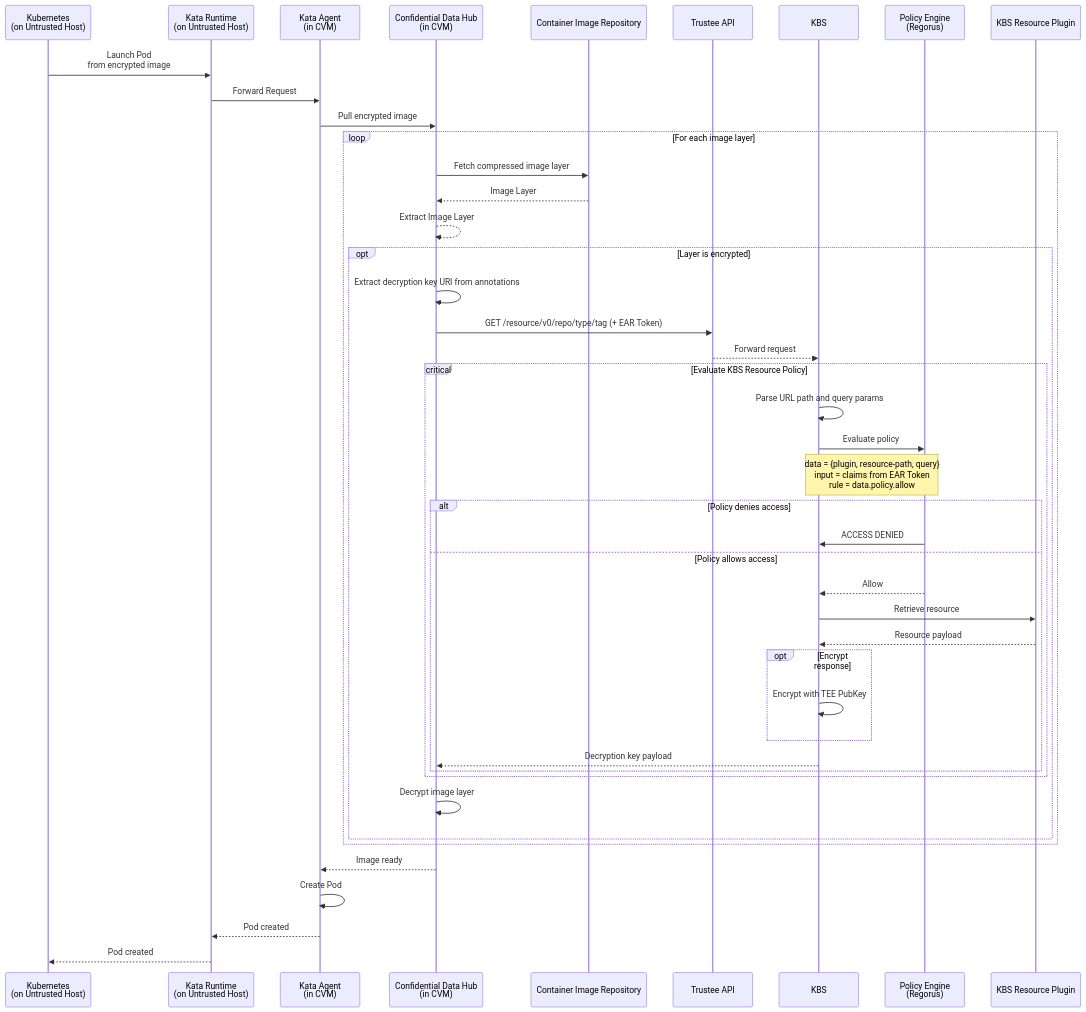
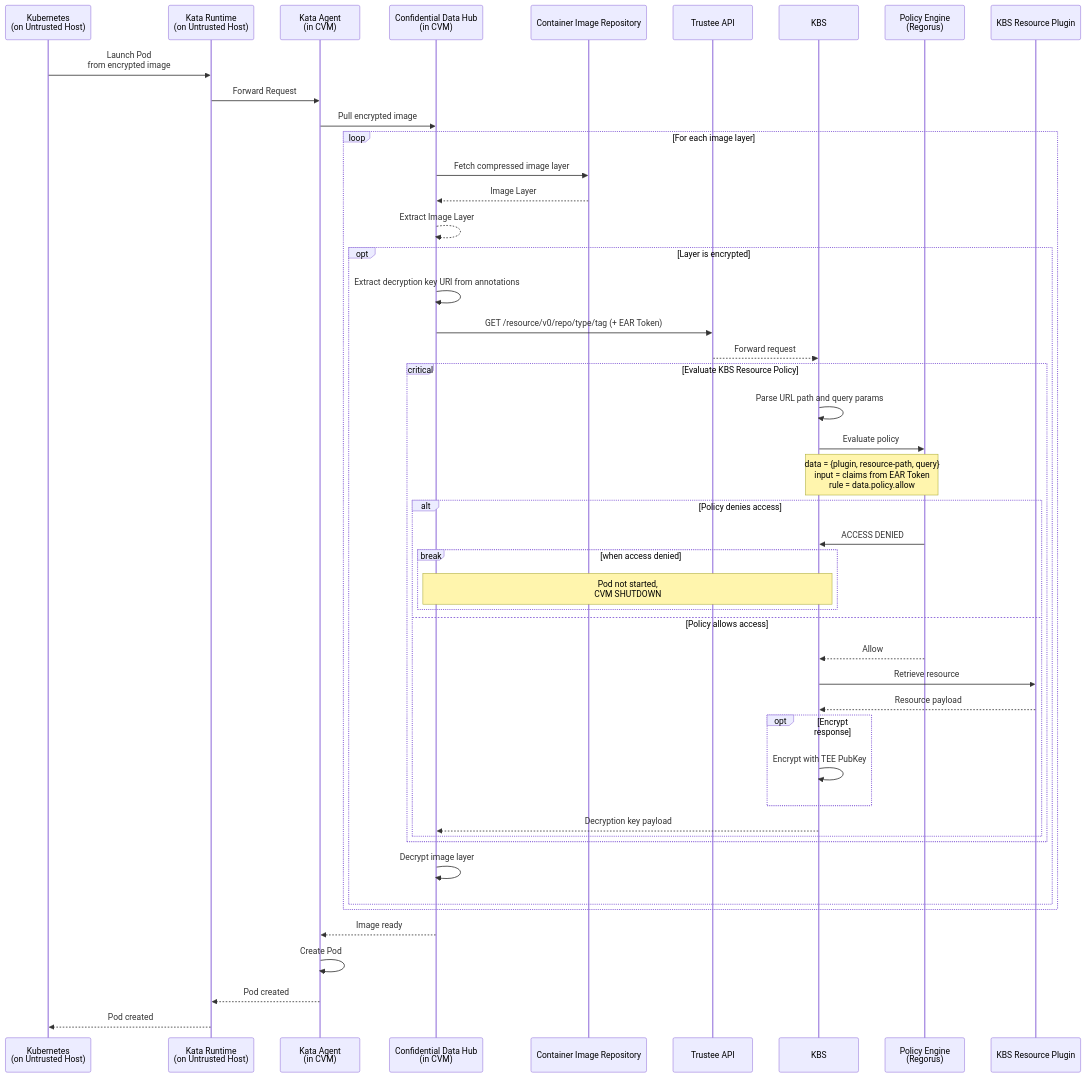
Before and after one commit to amd-cmaxwell/trustee: the sixth of 6 diagrams in kbs/src/plugins/implementations/sams/README.md, drawn with Mermaid.

Commit message:
update sequenceDiagram to reflect cvm shutdown on image decryption failure

````diff
--- a/kbs/src/plugins/implementations/sams/README.md
+++ b/kbs/src/plugins/implementations/sams/README.md
@@ -274,55 +274,58 @@
 ```mermaid
 sequenceDiagram
     participant k8s as Kubernetes<br>(on Untrusted Host)
     participant kata_runtime as Kata Runtime<br>(on Untrusted Host)
     participant kata_agent as Kata Agent<br>(in CVM)
     participant cdh as Confidential Data Hub<br>(in CVM)
     participant image_repo as Container Image Repository
     participant api as Trustee API
     participant kbs as KBS
     participant policy_engine as Policy Engine<br>(Regorus)
     participant kbs_resource as KBS Resource Plugin
     participant k8s as Kubernetes<br>(on Untrusted Host)
 
     k8s ->> kata_runtime: Launch Pod <br>from encrypted image
     kata_runtime ->> kata_agent: Forward Request
     kata_agent ->> cdh: Pull encrypted image
 
     loop For each image layer
         cdh ->> image_repo: Fetch compressed image layer
         image_repo -->> cdh: Image Layer
         cdh -->> cdh: Extract Image Layer
 
         opt Layer is encrypted
             cdh ->> cdh: Extract decryption key URI from annotations
 
             cdh ->> api: GET /resource/v0/repo/type/tag (+ EAR Token)
             api -->> kbs: Forward request
 
             critical Evaluate KBS Resource Policy
                 kbs ->> kbs: Parse URL path and query params
                 kbs ->> policy_engine: Evaluate policy
                 note over kbs, policy_engine: data = {plugin, resource-path, query}<br>input = claims from EAR Token<br>rule = data.policy.allow
 
                 alt Policy denies access
                     policy_engine ->> kbs: ACCESS DENIED
+                    break when access denied
+                    note over kbs,cdh: Pod not started,<br> CVM SHUTDOWN
+                    end
                 else Policy allows access
                     policy_engine -->> kbs: Allow
                     kbs ->> kbs_resource: Retrieve resource
                     kbs_resource -->> kbs: Resource payload
                     opt Encrypt response
                         kbs ->> kbs: Encrypt with TEE PubKey
                     end
                     kbs -->> cdh: Decryption key payload
                 end
             end
 
             cdh ->> cdh: Decrypt image layer
         end
     end
 
     cdh -->> kata_agent: Image ready
     kata_agent ->> kata_agent: Create Pod
     kata_agent -->> kata_runtime: Pod created
     kata_runtime -->> k8s: Pod created
 ```
````
